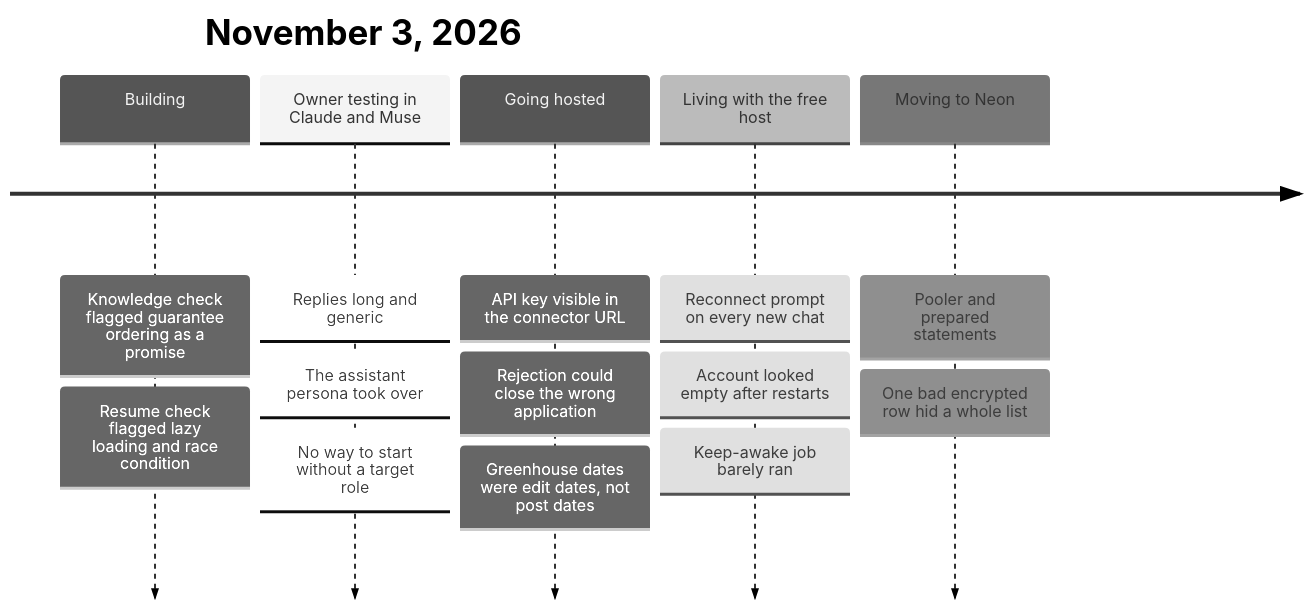
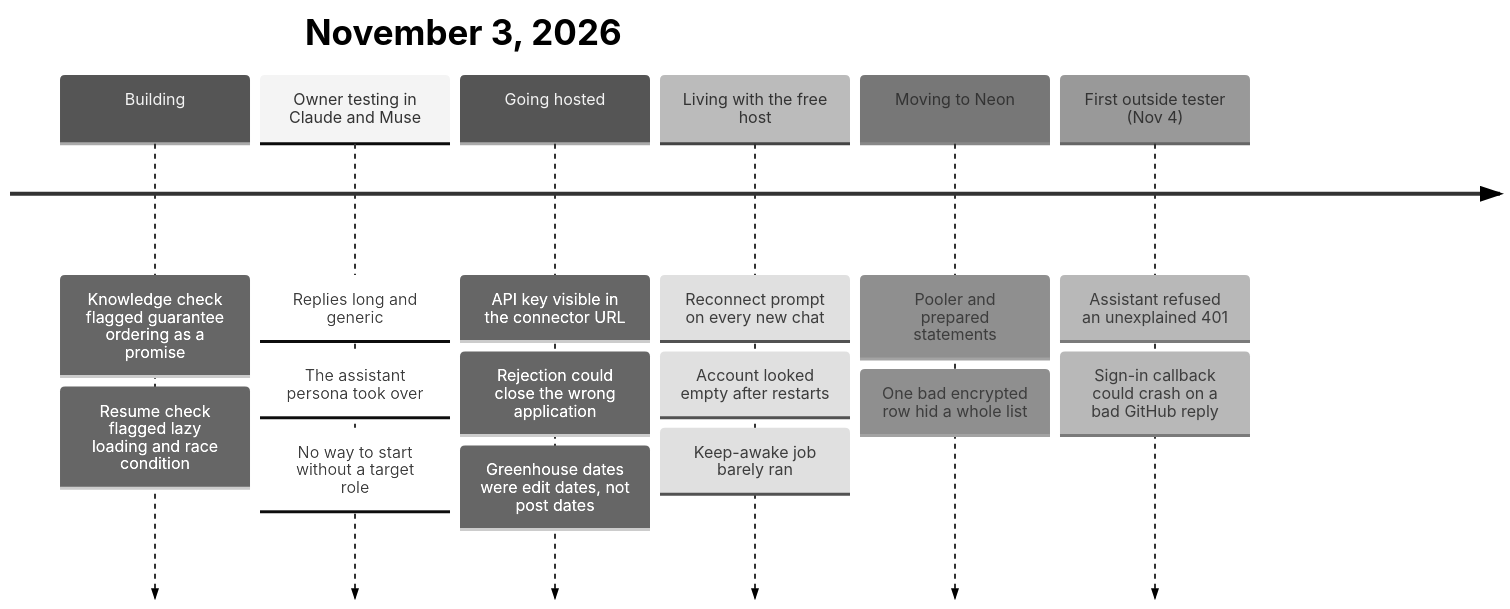
Before and after one commit to TusharSamantaray/career-copilot-mcp: the second of 3 diagrams in docs/ENGINEERING.md, drawn with Mermaid (neutral theme). The commit also changed other lines of this file and 7 other files, not shown here.

First line of the commit message:
fix: clear page when GitHub fails during sign-in; invite_only in /health

````diff
--- a/docs/ENGINEERING.md
+++ b/docs/ENGINEERING.md
@@ -72,17 +72,19 @@
 ```mermaid
 timeline
   title November 3, 2026
   Building : Knowledge check flagged guarantee ordering as a promise
            : Resume check flagged lazy loading and race condition
   Owner testing in Claude and Muse : Replies long and generic
                                    : The assistant persona took over
                                    : No way to start without a target role
   Going hosted : API key visible in the connector URL
                : Rejection could close the wrong application
                : Greenhouse dates were edit dates, not post dates
   Living with the free host : Reconnect prompt on every new chat
                             : Account looked empty after restarts
                             : Keep-awake job barely ran
   Moving to Neon : Pooler and prepared statements
                  : One bad encrypted row hid a whole list
+  First outside tester (Nov 4) : Assistant refused an unexplained 401
+                               : Sign-in callback could crash on a bad GitHub reply
 ```
````
